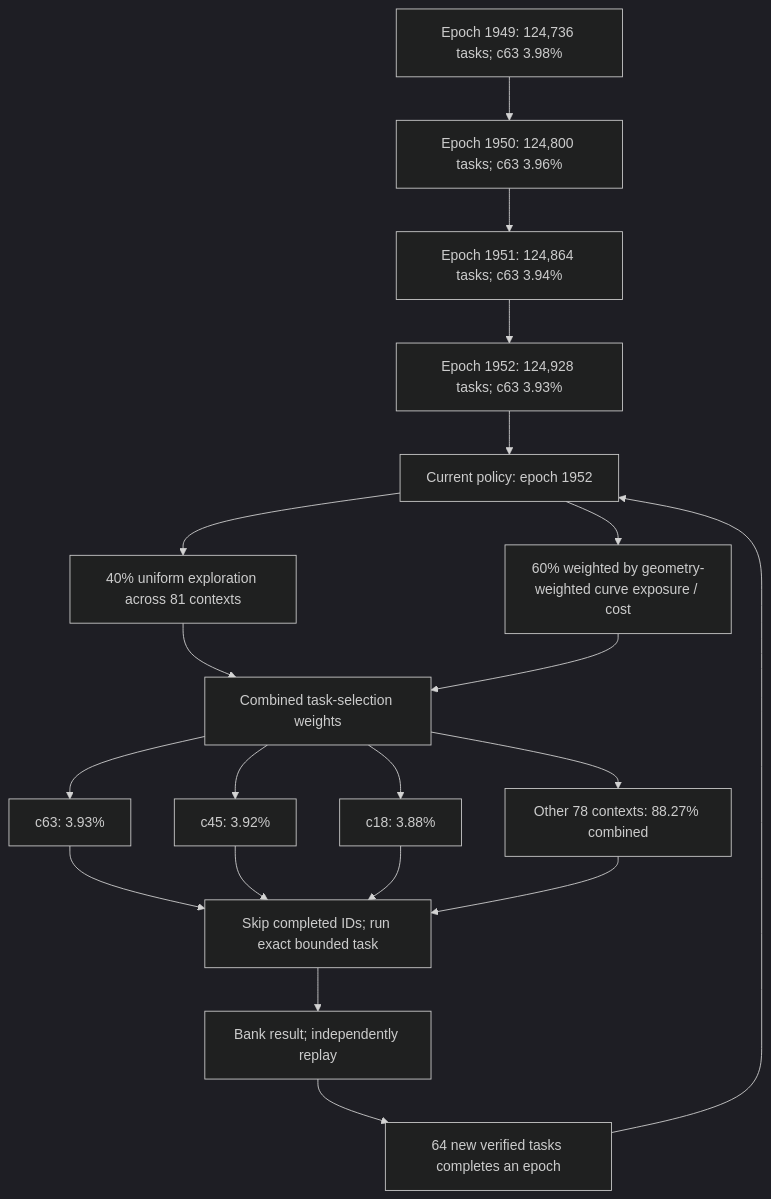
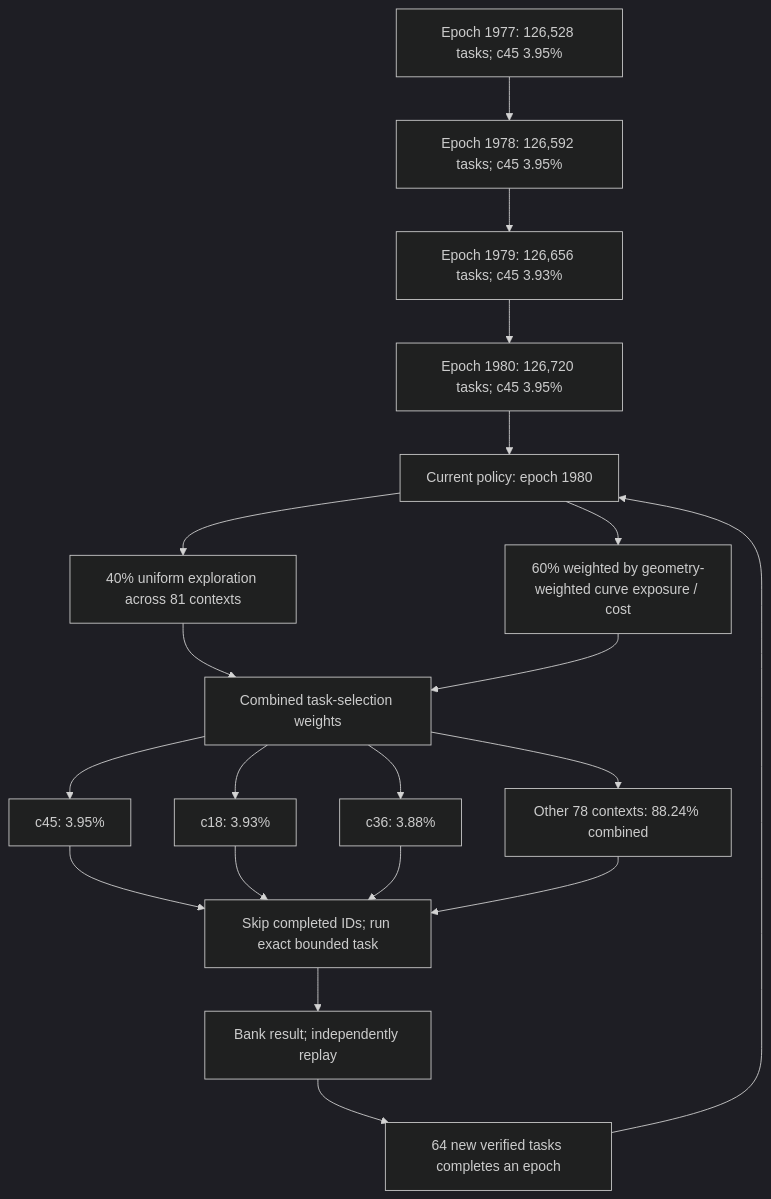
The first of 3 diagrams in README.md (Kuberwastaken/math-gambling), drawn with Mermaid (dark theme) before and after one commit. The commit also changed other lines of this file and 3602 other files, not shown here.

````diff
--- a/README.md
+++ b/README.md
@@ -56,27 +56,27 @@
 ```mermaid
 flowchart TD
-    H0["Epoch 1949: 124,736 tasks; c63 3.98%"]
-    H1["Epoch 1950: 124,800 tasks; c63 3.96%"]
+    H0["Epoch 1977: 126,528 tasks; c45 3.95%"]
+    H1["Epoch 1978: 126,592 tasks; c45 3.95%"]
     H0 --> H1
-    H2["Epoch 1951: 124,864 tasks; c63 3.94%"]
+    H2["Epoch 1979: 126,656 tasks; c45 3.93%"]
     H1 --> H2
-    H3["Epoch 1952: 124,928 tasks; c63 3.93%"]
+    H3["Epoch 1980: 126,720 tasks; c45 3.95%"]
     H2 --> H3
-    Policy["Current policy: epoch 1952"]
+    Policy["Current policy: epoch 1980"]
     H3 --> Policy
     Policy --> Explore["40% uniform exploration across 81 contexts"]
     Policy --> Cost["60% weighted by geometry-weighted curve exposure / cost"]
     Explore --> Mix["Combined task-selection weights"]
     Cost --> Mix
-    Mix --> C0["c63: 3.93%"]
-    Mix --> C1["c45: 3.92%"]
-    Mix --> C2["c18: 3.88%"]
-    Mix --> Rest["Other 78 contexts: 88.27% combined"]
+    Mix --> C0["c45: 3.95%"]
+    Mix --> C1["c18: 3.93%"]
+    Mix --> C2["c36: 3.88%"]
+    Mix --> Rest["Other 78 contexts: 88.24% combined"]
     C0 --> Check["Skip completed IDs; run exact bounded task"]
     C1 --> Check
     C2 --> Check
     Rest --> Check
     Check --> Replay["Bank result; independently replay"]
     Replay --> Gate["64 new verified tasks completes an epoch"]
     Gate --> Policy
 ```
````
